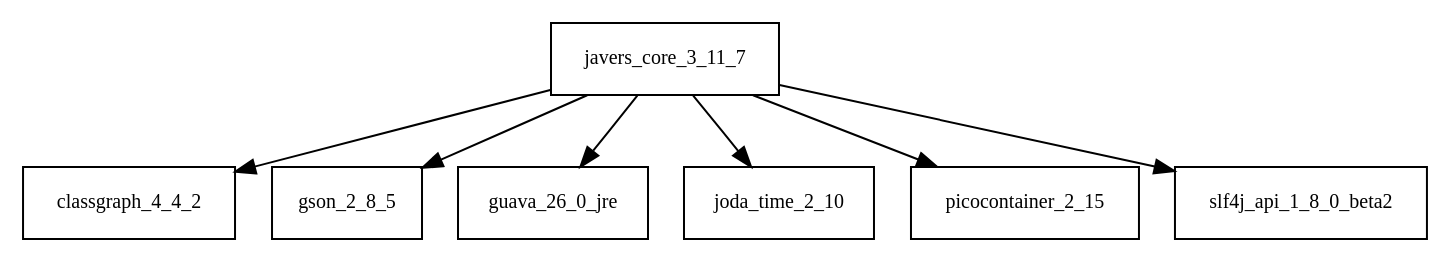
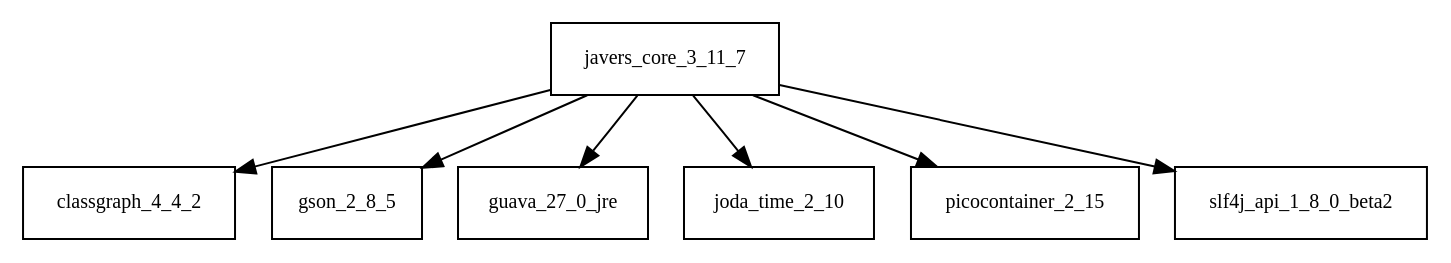
Before and after one commit to Hack23/cia: the diagram in tattleTaleReport/graphviz/javers-core-3.11.7.jar/javers-core-3.11.7.jar.dot, drawn with Graphviz. The commit also changed 1455 other files, not shown here.

```diff
--- a/tattleTaleReport/graphviz/javers-core-3.11.7.jar/javers-core-3.11.7.jar.dot
+++ b/tattleTaleReport/graphviz/javers-core-3.11.7.jar/javers-core-3.11.7.jar.dot
@@ -1,9 +1,9 @@
 digraph javers_core_3_11_7_dependencies {
   node [shape = box, fontsize=10.0];
   javers_core_3_11_7 -> classgraph_4_4_2;
   javers_core_3_11_7 -> gson_2_8_5;
-  javers_core_3_11_7 -> guava_26_0_jre;
+  javers_core_3_11_7 -> guava_27_0_jre;
   javers_core_3_11_7 -> joda_time_2_10;
   javers_core_3_11_7 -> picocontainer_2_15;
   javers_core_3_11_7 -> slf4j_api_1_8_0_beta2;
 }
```
